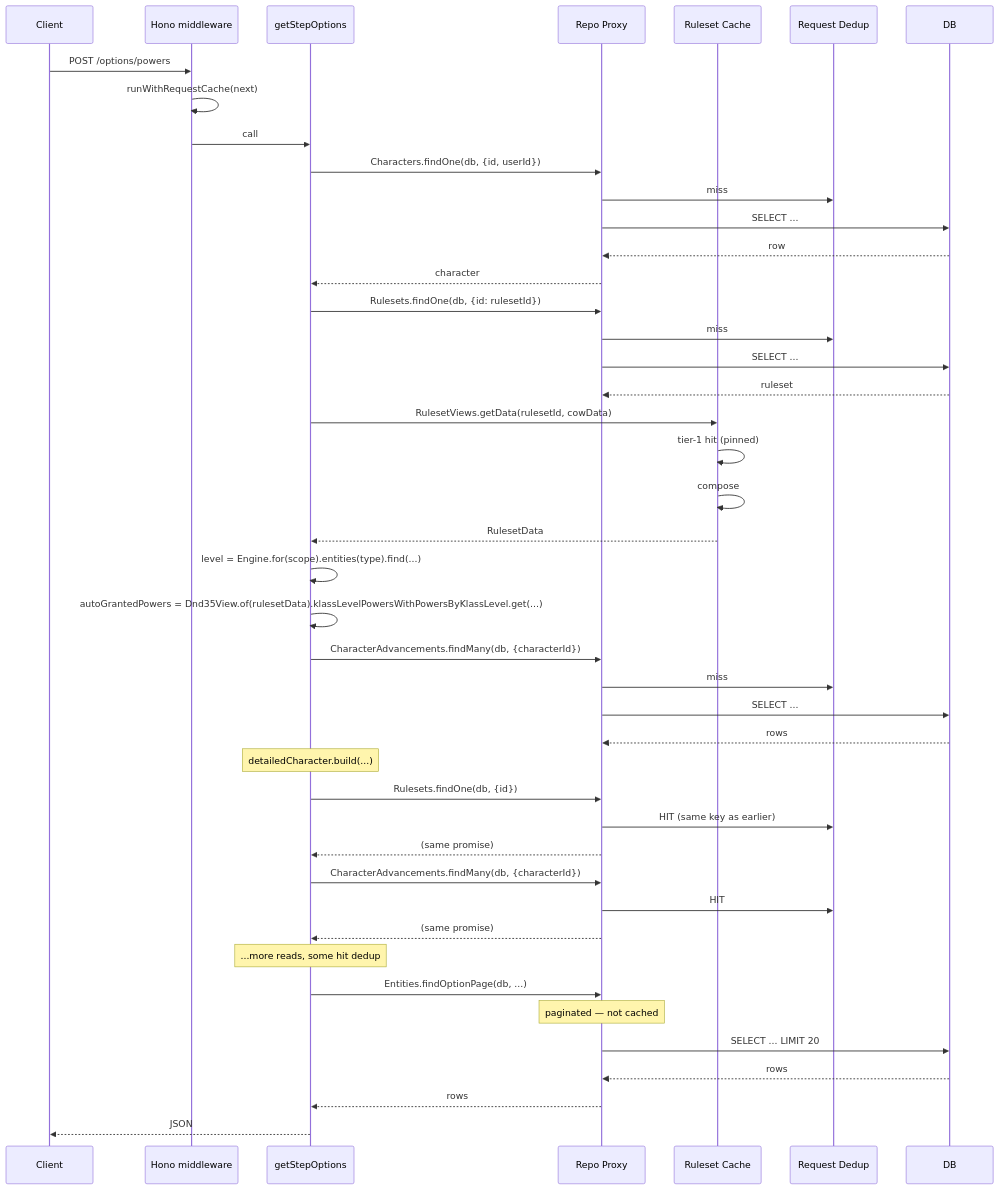
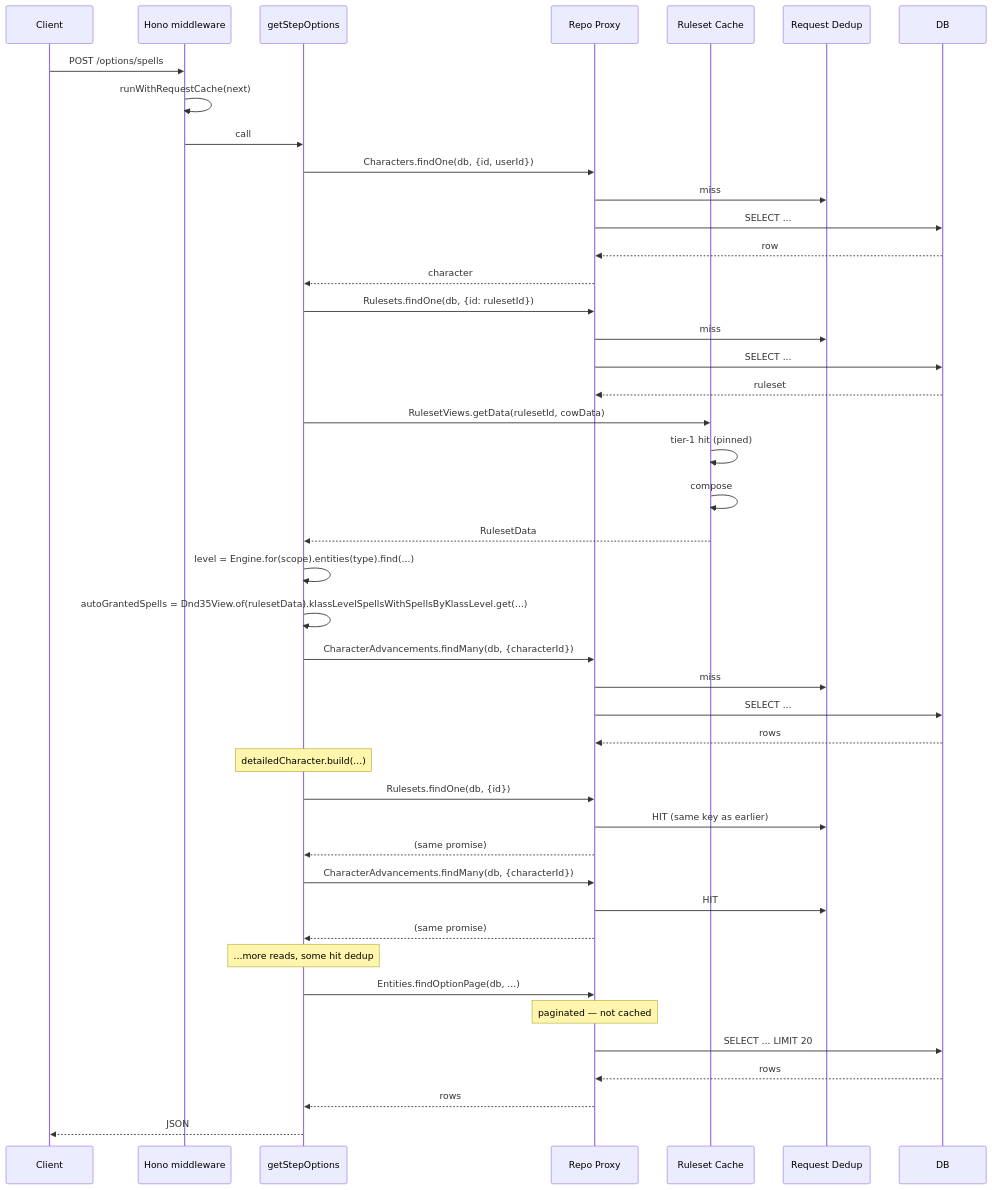
The seventh of 7 diagrams in docs/caching.md (PhilippeChab/arkyvree), drawn with Mermaid before and after one commit. The commit also changed other lines of this file and 302 other files, not shown here.

````diff
--- a/docs/caching.md
+++ b/docs/caching.md
@@ -392,55 +392,55 @@
 ```mermaid
 sequenceDiagram
     participant Client
     participant Middle as Hono middleware
     participant Svc as getStepOptions
     participant Repo as Repo Proxy
     participant RS as Ruleset Cache
     participant Dedup as Request Dedup
     participant DB
 
-    Client->>Middle: POST /options/powers
+    Client->>Middle: POST /options/spells
     Middle->>Middle: runWithRequestCache(next)
     Middle->>Svc: call
     Svc->>Repo: Characters.findOne(db, {id, userId})
     Repo->>Dedup: miss
     Repo->>DB: SELECT ...
     DB-->>Repo: row
     Repo-->>Svc: character
 
     Svc->>Repo: Rulesets.findOne(db, {id: rulesetId})
     Repo->>Dedup: miss
     Repo->>DB: SELECT ...
     DB-->>Repo: ruleset
 
     Svc->>RS: RulesetViews.getData(rulesetId, cowData)
     RS->>RS: tier-1 hit (pinned)
     RS->>RS: compose
     RS-->>Svc: RulesetData
 
     Svc->>Svc: level = Engine.for(scope).entities(type).find(...)
-    Svc->>Svc: autoGrantedPowers = Dnd35View.of(rulesetData).klassLevelPowersWithPowersByKlassLevel.get(...)
+    Svc->>Svc: autoGrantedSpells = Dnd35View.of(rulesetData).klassLevelSpellsWithSpellsByKlassLevel.get(...)
 
     Svc->>Repo: CharacterAdvancements.findMany(db, {characterId})
     Repo->>Dedup: miss
     Repo->>DB: SELECT ...
     DB-->>Repo: rows
 
     Note over Svc: detailedCharacter.build(...)
     Svc->>Repo: Rulesets.findOne(db, {id})
     Repo->>Dedup: HIT (same key as earlier)
     Repo-->>Svc: (same promise)
 
     Svc->>Repo: CharacterAdvancements.findMany(db, {characterId})
     Repo->>Dedup: HIT
     Repo-->>Svc: (same promise)
 
     Note over Svc: ...more reads, some hit dedup
 
     Svc->>Repo: Entities.findOptionPage(db, ...)
     Note over Repo: paginated — not cached
     Repo->>DB: SELECT ... LIMIT 20
     DB-->>Repo: rows
     Repo-->>Svc: rows
     Svc-->>Client: JSON
 ```
````
